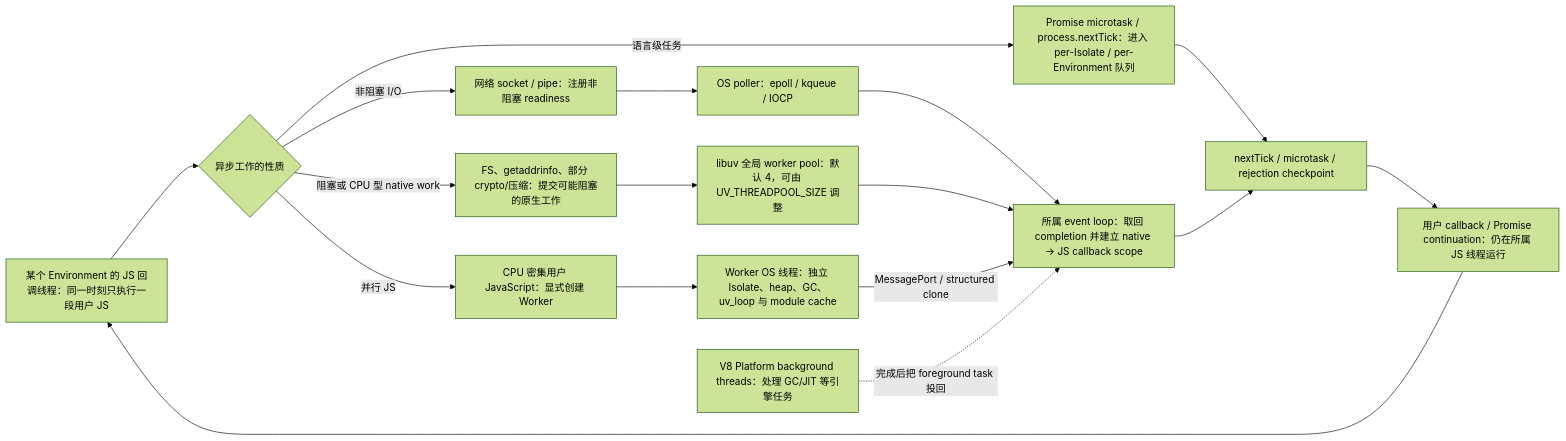
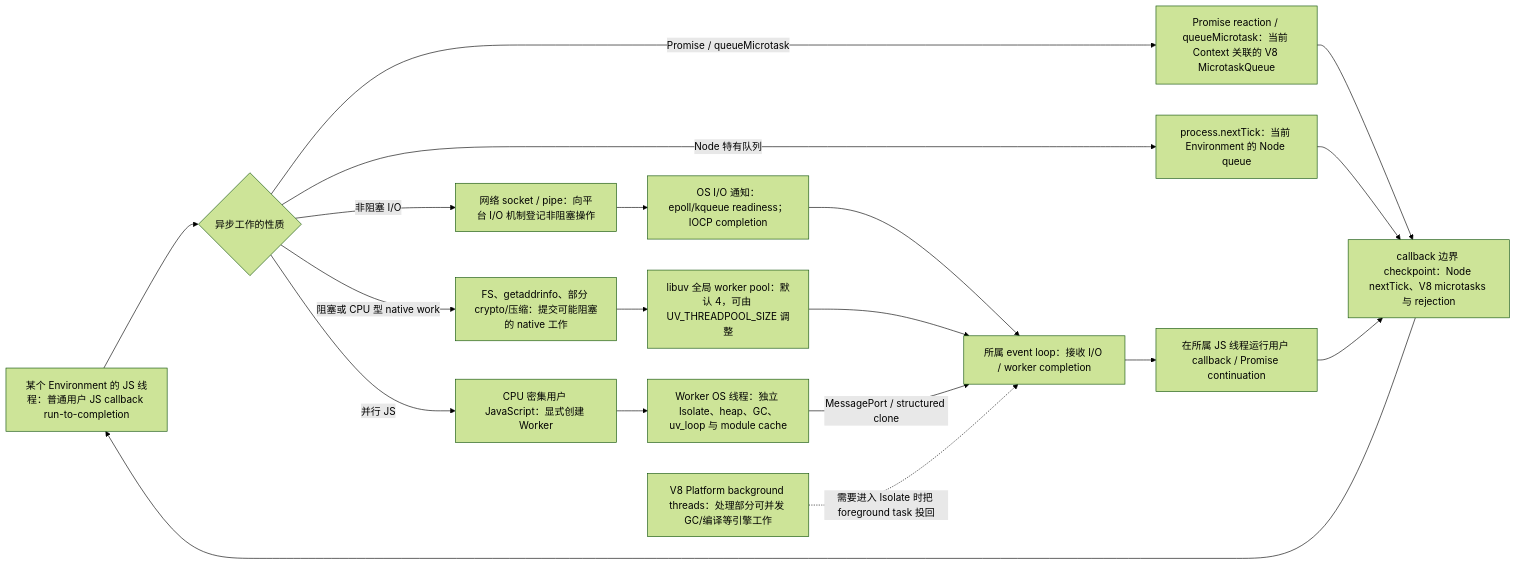
One commit to noscripter/node changed the diagram in architecture/async-concurrency.mmd. Above: the diagram before and after it, drawn with Mermaid (forest theme). The commit also changed 5 other files, not shown here.

```diff
--- a/architecture/async-concurrency.mmd
+++ b/architecture/async-concurrency.mmd
@@ -1,24 +1,26 @@
 flowchart LR
-  JS["某个 Environment 的 JS 回调线程：同一时刻只执行一段用户 JS"]
+  JS["某个 Environment 的 JS 线程：普通用户 JS callback run-to-completion"]
   API{"异步工作的性质"}
-  NET["网络 socket / pipe：注册非阻塞 readiness"]
-  FILE["FS、getaddrinfo、部分 crypto/压缩：提交可能阻塞的原生工作"]
+  NET["网络 socket / pipe：向平台 I/O 机制登记非阻塞操作"]
+  FILE["FS、getaddrinfo、部分 crypto/压缩：提交可能阻塞的 native 工作"]
   CPU["CPU 密集用户 JavaScript：显式创建 Worker"]
-  MICRO["Promise microtask / process.nextTick：进入 per-Isolate / per-Environment 队列"]
+  PROMISE["Promise reaction / queueMicrotask：当前 Context 关联的 V8 MicrotaskQueue"]
+  TICK["process.nextTick：当前 Environment 的 Node queue"]
 
-  POLL["OS poller：epoll / kqueue / IOCP"]
+  POLL["OS I/O 通知：epoll/kqueue readiness；IOCP completion"]
   POOL["libuv 全局 worker pool：默认 4，可由 UV_THREADPOOL_SIZE 调整"]
   WORKER["Worker OS 线程：独立 Isolate、heap、GC、uv_loop 与 module cache"]
-  LOOP["所属 event loop：取回 completion 并建立 native → JS callback scope"]
-  QUEUE["nextTick / microtask / rejection checkpoint"]
-  CALLBACK["用户 callback / Promise continuation：仍在所属 JS 线程运行"]
+  LOOP["所属 event loop：接收 I/O / worker completion"]
+  RUN["在所属 JS 线程运行用户 callback / Promise continuation"]
+  CHECK["callback 边界 checkpoint：Node nextTick、V8 microtasks 与 rejection"]
 
   JS --> API
   API -->|非阻塞 I/O| NET --> POLL --> LOOP
   API -->|阻塞或 CPU 型 native work| FILE --> POOL --> LOOP
   API -->|并行 JS| CPU --> WORKER -->|MessagePort / structured clone| LOOP
-  API -->|语言级任务| MICRO --> QUEUE
-  LOOP --> QUEUE --> CALLBACK --> JS
+  API -->|Promise / queueMicrotask| PROMISE --> CHECK
+  API -->|Node 特有队列| TICK --> CHECK
+  LOOP --> RUN --> CHECK --> JS
 
-  V8BG["V8 Platform background threads：处理 GC/JIT 等引擎任务"]
-  V8BG -.完成后把 foreground task 投回.-> LOOP
+  V8BG["V8 Platform background threads：处理部分可并发 GC/编译等引擎工作"]
+  V8BG -.需要进入 Isolate 时把 foreground task 投回.-> LOOP
```
